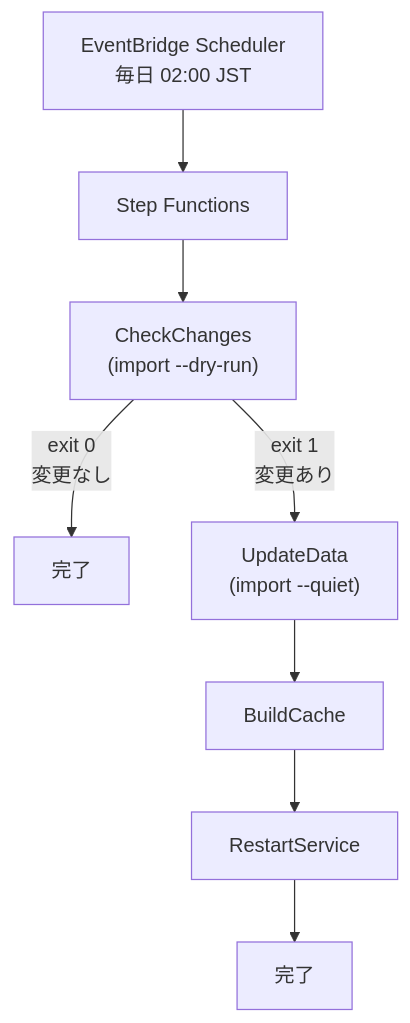
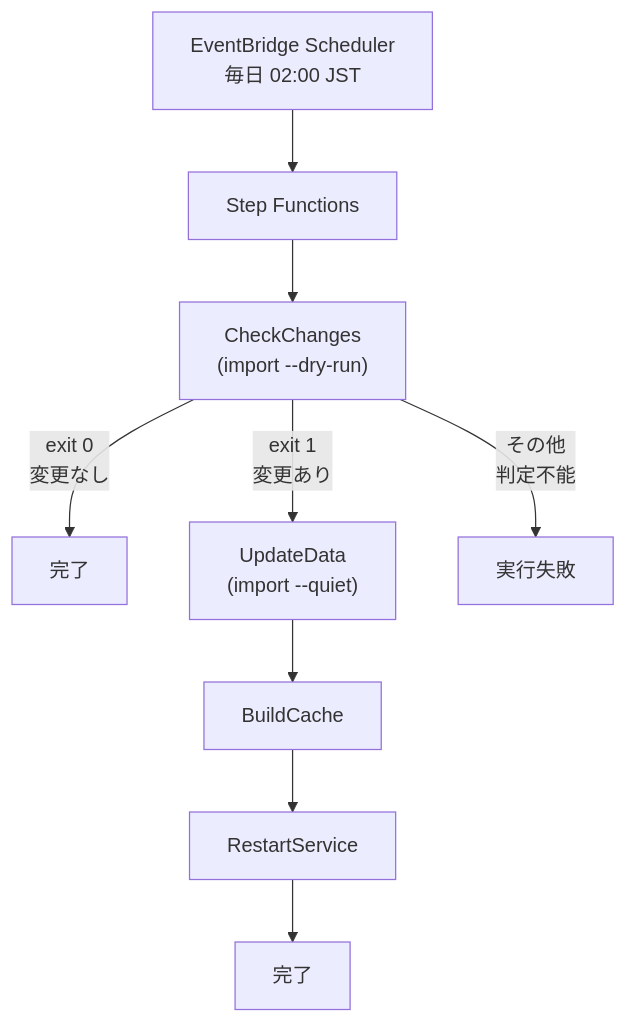
One commit to digital-go-jp/abr-geocoder changed the third of 3 diagrams in docs/aws/README.md. Above: the diagram before and after it, drawn with Mermaid. The commit also changed other lines of this file, not shown here.

Commit message:
docs: describe the check failure branch and remove environment-specific wording

````diff
--- a/docs/aws/README.md
+++ b/docs/aws/README.md
@@ -308,10 +308,11 @@
 ```mermaid
 flowchart TD
     EB["EventBridge Scheduler<br/>毎日 02:00 JST"] --> SFN["Step Functions"]
     SFN --> CHECK["CheckChanges<br/>(import --dry-run)"]
     CHECK -->|exit 0<br/>変更なし| END1["完了"]
     CHECK -->|exit 1<br/>変更あり| IMPORT["UpdateData<br/>(import --quiet)"]
+    CHECK -->|その他<br/>判定不能| FAIL["実行失敗"]
     IMPORT --> CACHE["BuildCache"]
     CACHE --> RESTART["RestartService"]
     RESTART --> END2["完了"]
 ```
````
